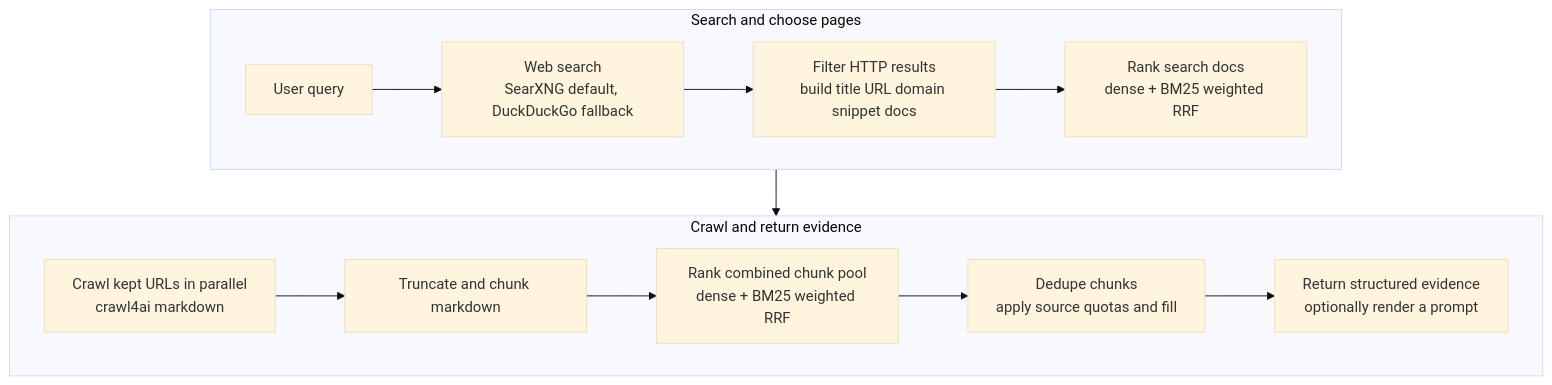
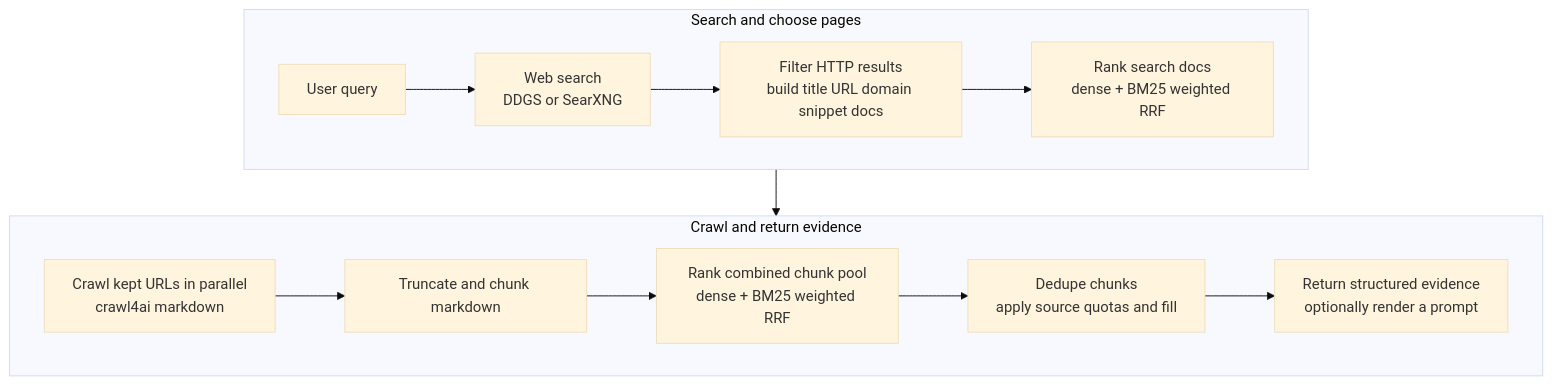
One commit to TinySuiteHQ/TinySearch changed the diagram in README.md. Above: the diagram before and after it, drawn with Mermaid (base theme). The commit also changed other lines of this file and 36 other files, not shown here.

````diff
--- a/README.md
+++ b/README.md
@@ -162,19 +196,19 @@
 ```mermaid
 flowchart TB
     subgraph Row1["Search and choose pages"]
         direction LR
-        A[User query] --> B[Web search<br/>SearXNG default, DuckDuckGo fallback]
+        A[User query] --> B[Web search<br/>DDGS or SearXNG]
         B --> C[Filter HTTP results<br/>build title URL domain snippet docs]
         C --> D[Rank search docs<br/>dense + BM25 weighted RRF]
     end
 
     subgraph Row2["Crawl and return evidence"]
         direction LR
         E[Crawl kept URLs in parallel<br/>crawl4ai markdown] --> F[Truncate and chunk markdown]
         F --> G[Rank combined chunk pool<br/>dense + BM25 weighted RRF]
         G --> H[Dedupe chunks<br/>apply source quotas and fill]
         H --> I[Return structured evidence<br/>optionally render a prompt]
     end
 
     Row1 --> Row2
 ```
````
